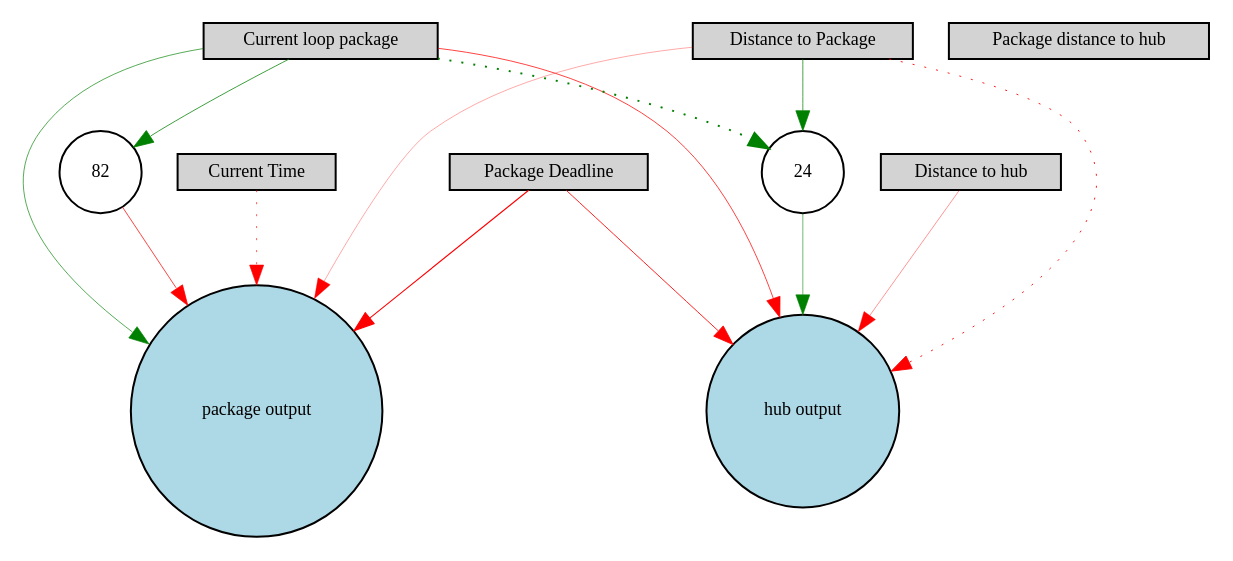
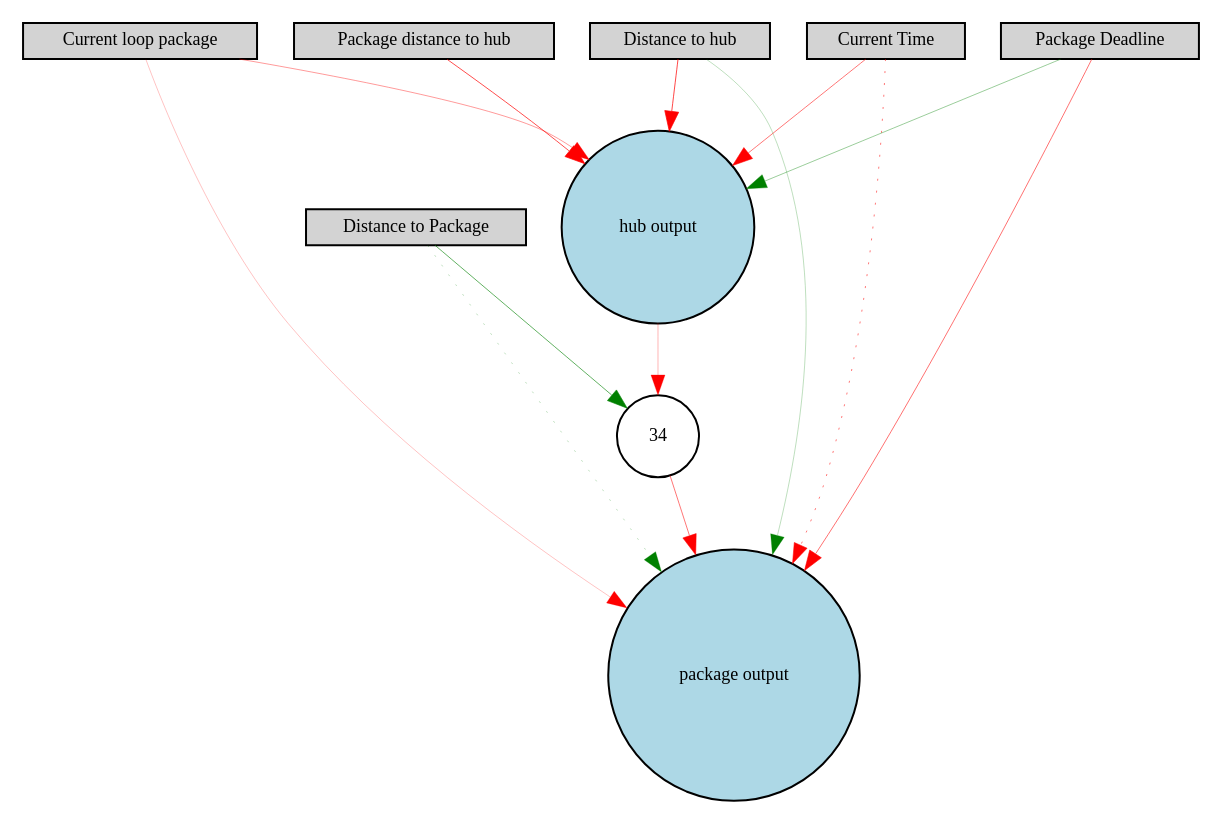
One commit to karkic/NNEWanderingSalesman changed the diagram in Digraph.gv. Above: the diagram before and after it, drawn with Graphviz. The commit also changed 17 other files, not shown here.

```diff
--- a/Digraph.gv
+++ b/Digraph.gv
@@ -1,26 +1,25 @@
 digraph {
 	node [fontsize=9 height=0.2 shape=circle width=0.2]
 	"Distance to Package" [fillcolor=lightgray shape=box style=filled]
 	"Package distance to hub" [fillcolor=lightgray shape=box style=filled]
 	"Current loop package" [fillcolor=lightgray shape=box style=filled]
 	"Distance to hub" [fillcolor=lightgray shape=box style=filled]
 	"Current Time" [fillcolor=lightgray shape=box style=filled]
 	"Package Deadline" [fillcolor=lightgray shape=box style=filled]
 	"package output" [fillcolor=lightblue style=filled]
 	"hub output" [fillcolor=lightblue style=filled]
-	82 [fillcolor=white style=filled]
-	24 [fillcolor=white style=filled]
-	"Distance to Package" -> "package output" [color=red penwidth=0.17414536915216267 style=solid]
-	"Distance to Package" -> "hub output" [color=red penwidth=0.4462803651306213 style=dotted]
-	"Current loop package" -> "package output" [color=green penwidth=0.33472874458251456 style=solid]
-	"Current loop package" -> "hub output" [color=red penwidth=0.37100947648578897 style=solid]
-	"Distance to hub" -> "hub output" [color=red penwidth=0.2095907001878054 style=solid]
-	"Current Time" -> "package output" [color=red penwidth=0.33136894617549817 style=dotted]
-	"Package Deadline" -> "package output" [color=red penwidth=0.5450315841923083 style=solid]
-	"Package Deadline" -> "hub output" [color=red penwidth=0.42787697943344416 style=solid]
-	"Distance to Package" -> 24 [color=green penwidth=0.3624533961879055 style=solid]
-	24 -> "hub output" [color=green penwidth=0.2827475327467943 style=solid]
-	"Current loop package" -> 24 [color=green penwidth=0.9734275011499125 style=dotted]
-	"Current loop package" -> 82 [color=green penwidth=0.381331327265253 style=solid]
-	82 -> "package output" [color=red penwidth=0.36632744469221534 style=solid]
+	34 [fillcolor=white style=filled]
+	"Distance to Package" -> "package output" [color=green penwidth=0.1298104547885793 style=dotted]
+	"Package distance to hub" -> "hub output" [color=red penwidth=0.3462173664195646 style=solid]
+	"Current loop package" -> "package output" [color=red penwidth=0.11760184562167551 style=solid]
+	"Current loop package" -> "hub output" [color=red penwidth=0.1972700058026377 style=solid]
+	"Distance to hub" -> "package output" [color=green penwidth=0.12803121031570697 style=solid]
+	"Distance to hub" -> "hub output" [color=red penwidth=0.3551966592246143 style=solid]
+	"Current Time" -> "package output" [color=red penwidth=0.2651327108414191 style=dotted]
+	"Current Time" -> "hub output" [color=red penwidth=0.26714572299975325 style=solid]
+	"Package Deadline" -> "package output" [color=red penwidth=0.27717342379121124 style=solid]
+	"Package Deadline" -> "hub output" [color=green penwidth=0.19975073818103195 style=solid]
+	"Distance to Package" -> 34 [color=green penwidth=0.3064681713230456 style=solid]
+	34 -> "package output" [color=red penwidth=0.2711516989876977 style=solid]
+	"hub output" -> 34 [color=red penwidth=0.15146929678125848 style=solid]
 }
```
